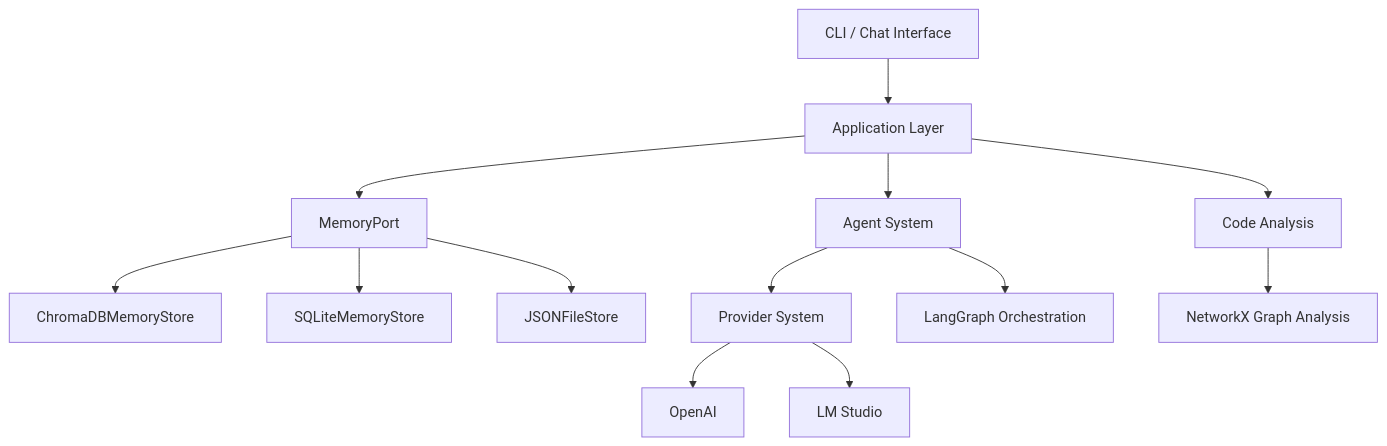
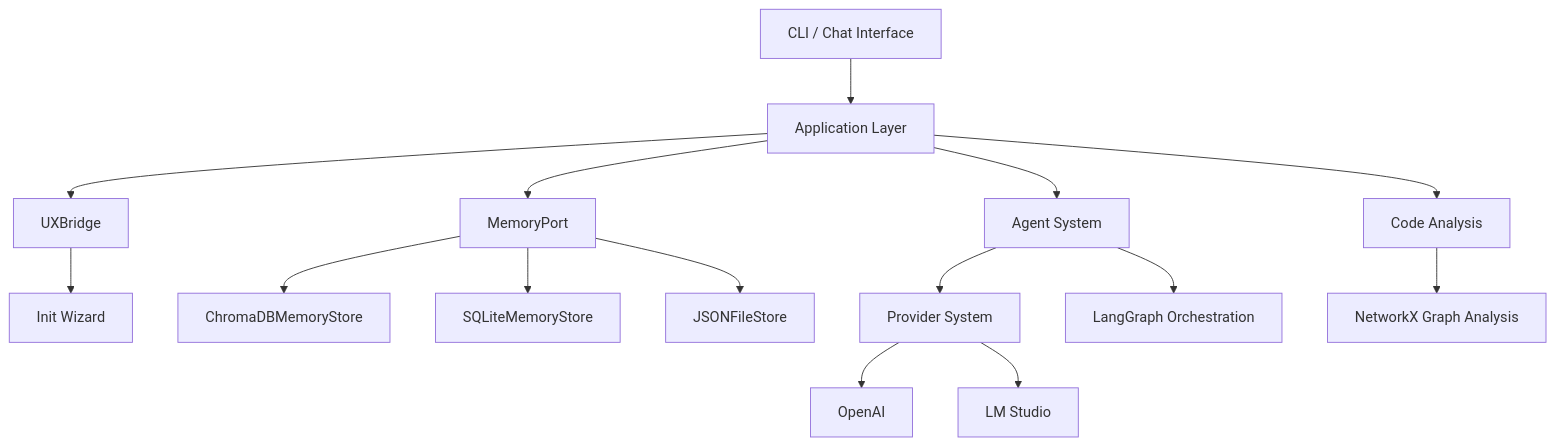
One commit to ravenoak/devsynth changed the diagram in docs/architecture/overview.md. Above: the diagram before and after it, drawn with Mermaid. The commit also changed 9 other files, not shown here.

````diff
--- a/docs/architecture/overview.md
+++ b/docs/architecture/overview.md
@@ -33,15 +33,17 @@
 ```mermaid
 graph TD
     A[CLI / Chat Interface] --> B[Application Layer]
+    B --> UX[UXBridge]
+    UX --> W[Init Wizard]
     B --> C[Agent System]
     B --> D[Code Analysis]
     B --> E[MemoryPort]
     E --> F[ChromaDBMemoryStore]
     E --> G[SQLiteMemoryStore]
     E --> H[JSONFileStore]
     C --> I[Provider System]
     I --> J[OpenAI]
     I --> K[LM Studio]
     C --> L[LangGraph Orchestration]
     D --> M[NetworkX Graph Analysis]
 ```
````
